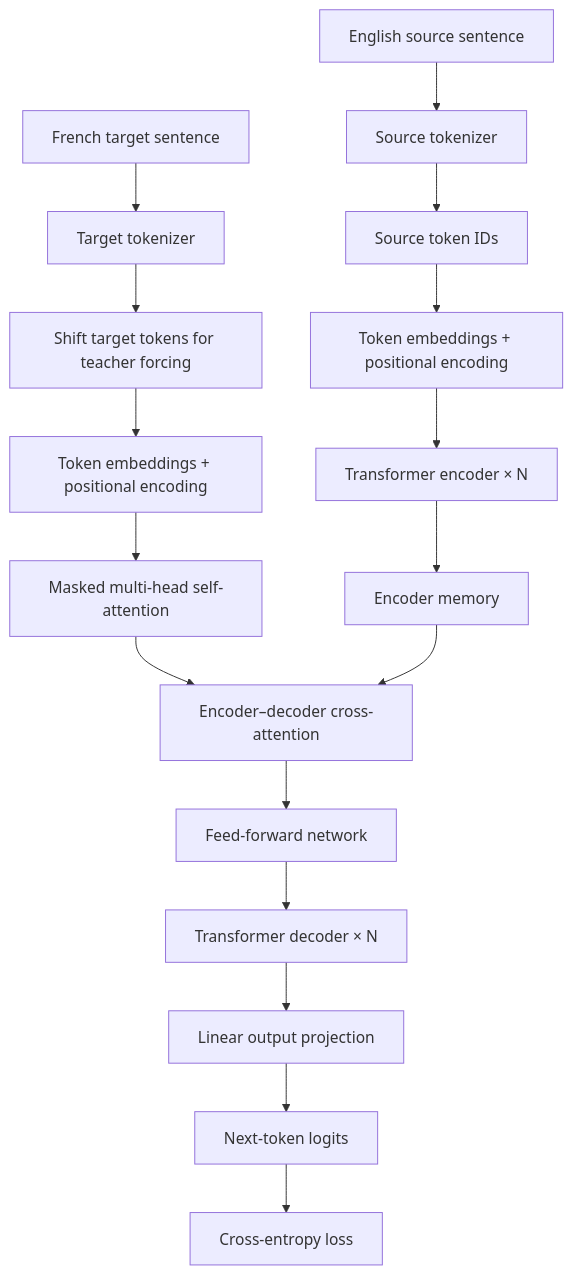
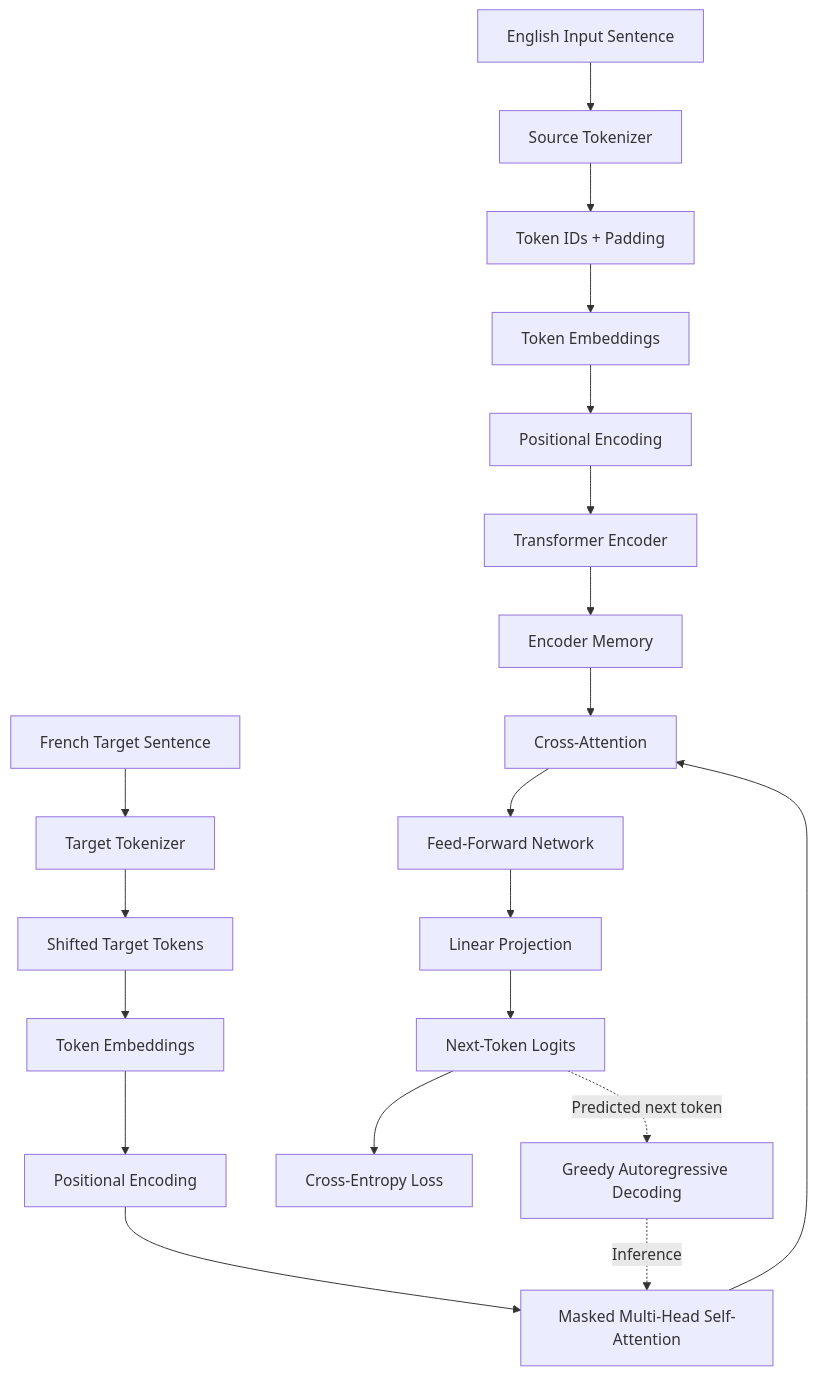
The diagram in README.md (maroofiums/Transformer-from-Scratch), drawn with Mermaid before and after one commit. The commit also changed other lines of this file, not shown here.

````diff
--- a/README.md
+++ b/README.md
@@ -11,19 +7,25 @@
 ```mermaid
 flowchart TD
-    A["English source sentence"] --> B["Source tokenizer"]
-    B --> C["Source token IDs"]
-    C --> D["Token embeddings + positional encoding"]
-    D --> E["Transformer encoder × N"]
-    E --> F["Encoder memory"]
-    G["French target sentence"] --> H["Target tokenizer"]
-    H --> I["Shift target tokens for teacher forcing"]
-    I --> J["Token embeddings + positional encoding"]
-    J --> K["Masked multi-head self-attention"]
-    K --> L["Encoder–decoder cross-attention"]
-    F --> L
-    L --> M["Feed-forward network"]
-    M --> N["Transformer decoder × N"]
-    N --> O["Linear output projection"]
-    O --> P["Next-token logits"]
-    P --> Q["Cross-entropy loss"]
+    A["English Input Sentence"] --> B["Source Tokenizer"]
+    B --> C["Token IDs + Padding"]
+    C --> D["Token Embeddings"]
+    D --> E["Positional Encoding"]
+    E --> F["Transformer Encoder"]
+
+    F --> G["Encoder Memory"]
+
+    H["French Target Sentence"] --> I["Target Tokenizer"]
+    I --> J["Shifted Target Tokens"]
+    J --> K["Token Embeddings"]
+    K --> L["Positional Encoding"]
+    L --> M["Masked Multi-Head Self-Attention"]
+    M --> N["Cross-Attention"]
+    G --> N
+    N --> O["Feed-Forward Network"]
+    O --> P["Linear Projection"]
+    P --> Q["Next-Token Logits"]
+    Q --> R["Cross-Entropy Loss"]
+
+    S["Greedy Autoregressive Decoding"] -. "Inference" .-> M
+    Q -. "Predicted next token" .-> S
 ```
````
